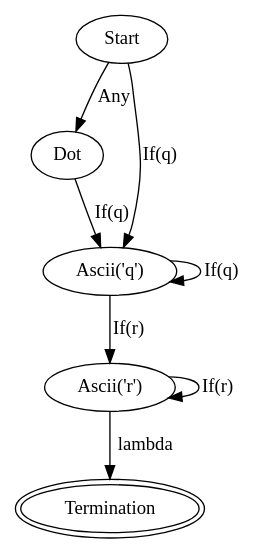
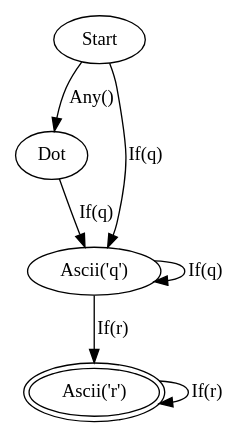
Before and after one commit to kerfmanner/Regex_FSM: the diagram in examples/pattern3.dot, drawn with Graphviz. The commit also changed 14 other files, not shown here.

```diff
--- a/examples/pattern3.dot
+++ b/examples/pattern3.dot
@@ -1,14 +1,12 @@
 digraph FSM {
 node0 [label="Start"];
-node0 -> node1 [label="Any"];
+node0 -> node1 [label="Any()"];
 node0 -> node2 [label="If(q)"];
 node1 [label="Dot"];
 node1 -> node2 [label="If(q)"];
 node2 [label="Ascii('q')"];
 node2 -> node2 [label="If(q)"];
 node2 -> node3 [label="If(r)"];
-node3 [label="Ascii('r')"];
+node3 [label="Ascii('r')", peripheries=2];
 node3 -> node3 [label="If(r)"];
-node3 -> node4 [label="lambda"];
-node4 [label="Termination", peripheries=2];
 }
```
